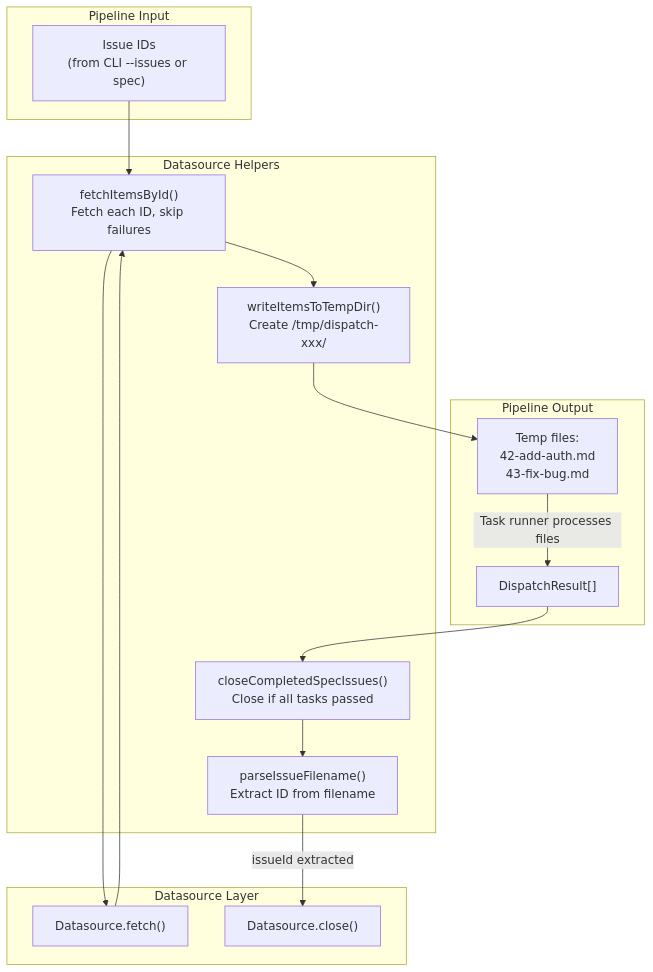
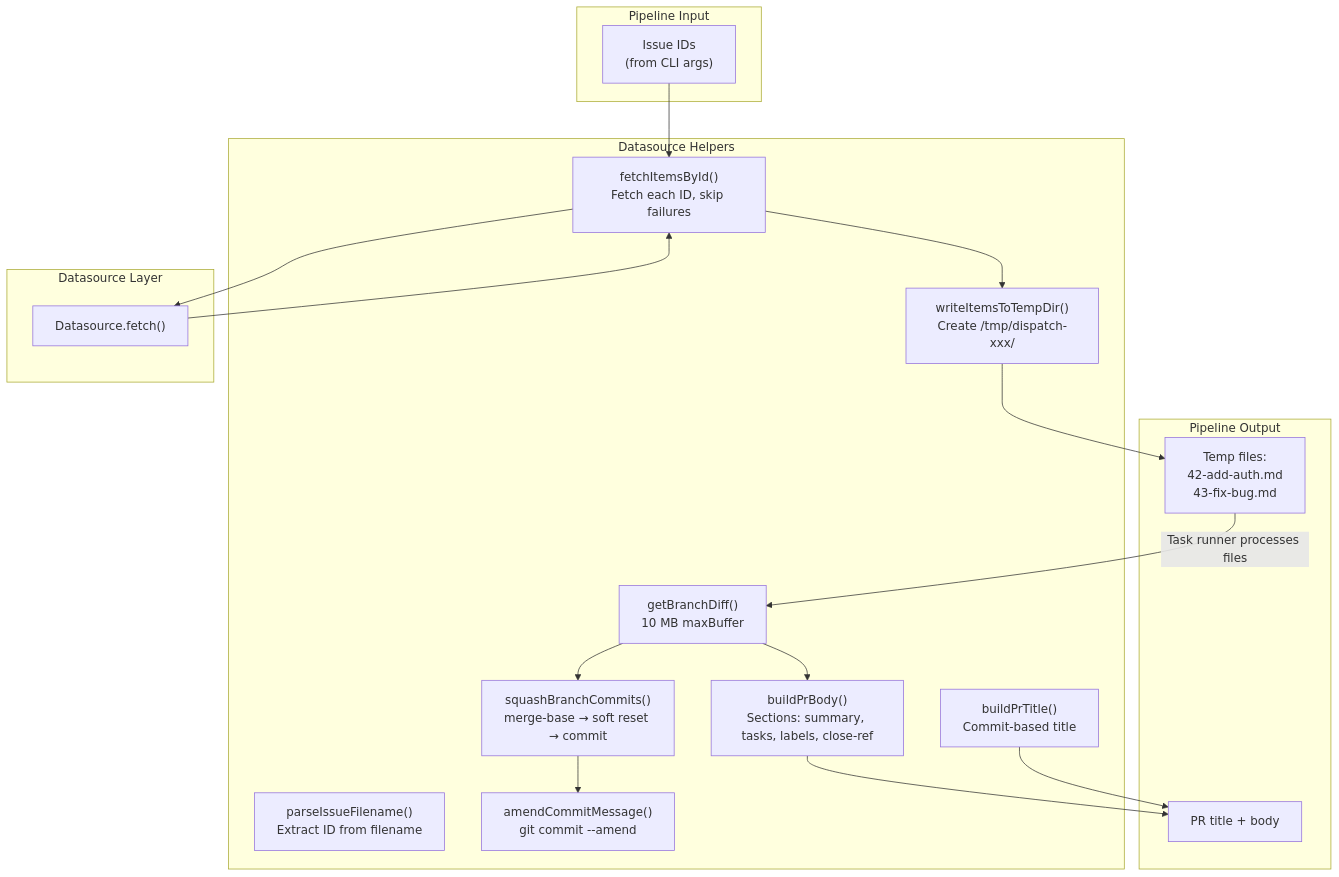
One commit to PatrickRuddiman/Dispatch changed the third of 3 diagrams in docs/datasource-system/datasource-helpers.md. Above: the diagram before and after it, drawn with Mermaid. The commit also changed other lines of this file and 82 other files, not shown here.

````diff
--- a/docs/datasource-system/datasource-helpers.md
+++ b/docs/datasource-system/datasource-helpers.md
@@ -239,35 +438,39 @@
 ```mermaid
 flowchart TD
     subgraph "Pipeline Input"
-        IDS["Issue IDs<br/>(from CLI --issues or spec)"]
+        IDS["Issue IDs<br/>(from CLI args)"]
     end
 
     subgraph "Datasource Helpers"
         FETCH["fetchItemsById()<br/>Fetch each ID, skip failures"]
         WRITE["writeItemsToTempDir()<br/>Create /tmp/dispatch-xxx/"]
         PARSE["parseIssueFilename()<br/>Extract ID from filename"]
-        CLOSE["closeCompletedSpecIssues()<br/>Close if all tasks passed"]
+        DIFF["getBranchDiff()<br/>10 MB maxBuffer"]
+        SQUASH["squashBranchCommits()<br/>merge-base → soft reset → commit"]
+        AMEND["amendCommitMessage()<br/>git commit --amend"]
+        TITLE["buildPrTitle()<br/>Commit-based title"]
+        BODY["buildPrBody()<br/>Sections: summary, tasks, labels, close-ref"]
     end
 
     subgraph "Datasource Layer"
         DS["Datasource.fetch()"]
-        DSC["Datasource.close()"]
     end
 
     subgraph "Pipeline Output"
         TEMP["Temp files:<br/>42-add-auth.md<br/>43-fix-bug.md"]
-        RESULT["DispatchResult[]"]
+        PR["PR title + body"]
     end
 
     IDS --> FETCH
     FETCH --> DS
     DS --> FETCH
     FETCH --> WRITE
     WRITE --> TEMP
 
-    TEMP --> |"Task runner processes files"| RESULT
-
-    RESULT --> CLOSE
-    CLOSE --> PARSE
-    PARSE --> |"issueId extracted"| DSC
+    TEMP --> |"Task runner processes files"| DIFF
+    DIFF --> SQUASH
+    SQUASH --> AMEND
+    DIFF --> BODY
+    BODY --> PR
+    TITLE --> PR
 ```
````
